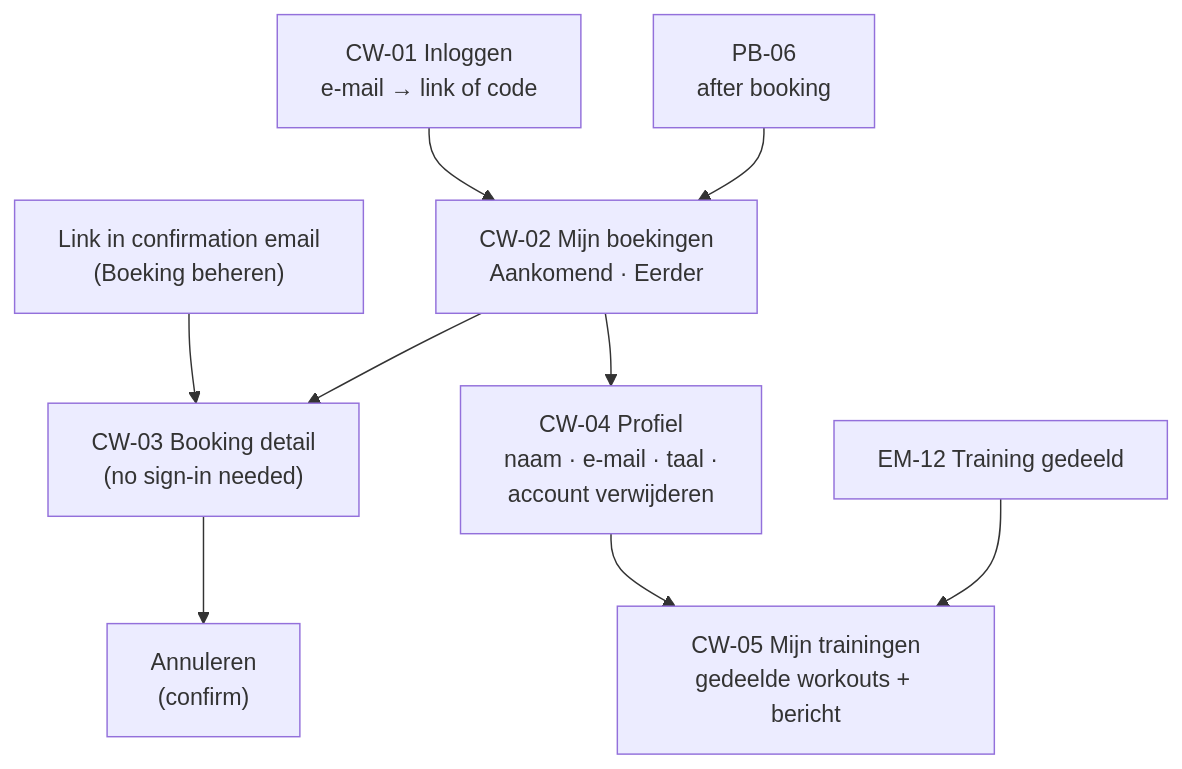
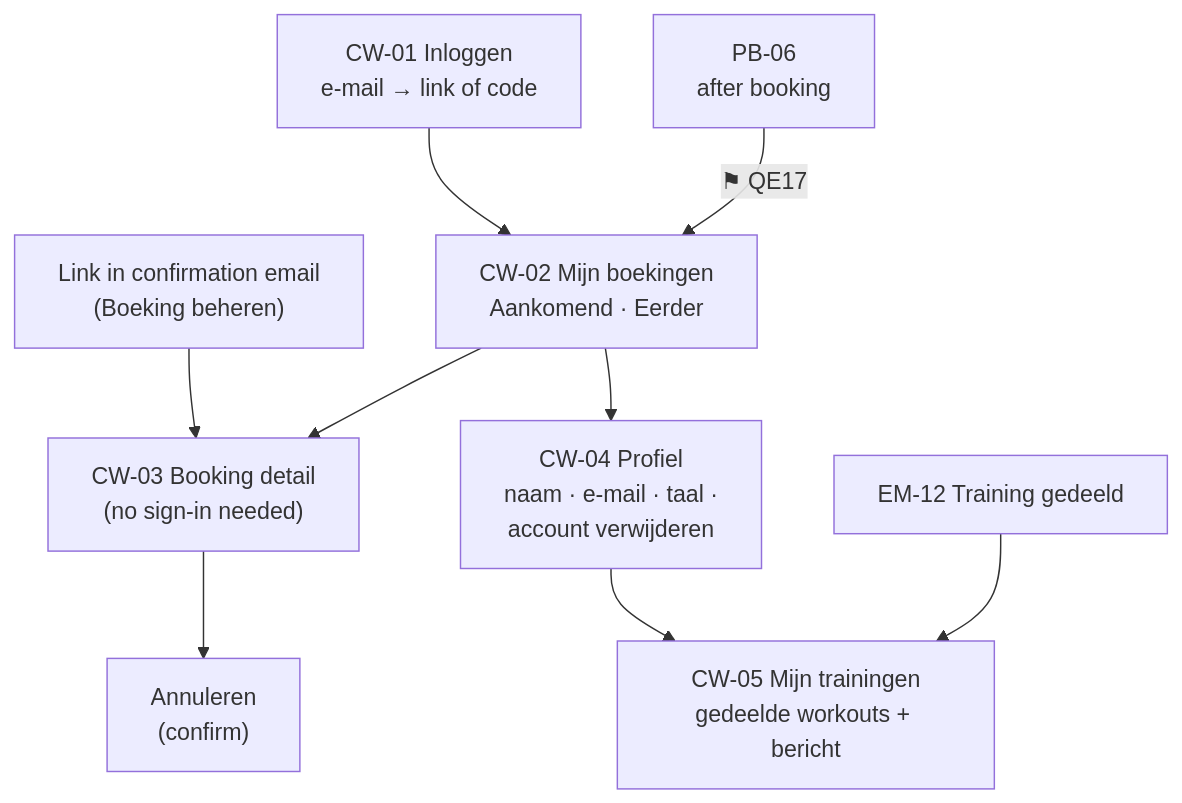
One commit to fivvi-app/fivvi changed the fifth of 5 diagrams in docs/design/information-architecture.md. Above: the diagram before and after it, drawn with Mermaid. The commit also changed other lines of this file and 9 other files, not shown here.

````diff
--- a/docs/design/information-architecture.md
+++ b/docs/design/information-architecture.md
@@ -335,11 +335,11 @@
 ```mermaid
 flowchart TB
   mail["Link in confirmation email<br/>(Boeking beheren)"] --> manage["CW-03 Booking detail<br/>(no sign-in needed)"]
   signin["CW-01 Inloggen<br/>e-mail → link of code"] --> bookings["CW-02 Mijn boekingen<br/>Aankomend · Eerder"]
-  pb6["PB-06<br/>after booking"] --> bookings
+  pb6["PB-06<br/>after booking"] -- "⚑ QE17" --> bookings
   bookings --> manage
   manage --> cancel["Annuleren<br/>(confirm)"]
   bookings --> prof["CW-04 Profiel<br/>naam · e-mail · taal ·<br/>account verwijderen"]
   prof --> workouts["CW-05 Mijn trainingen<br/>gedeelde workouts + bericht"]
   workoutMail["EM-12 Training gedeeld"] --> workouts
 ```
````
